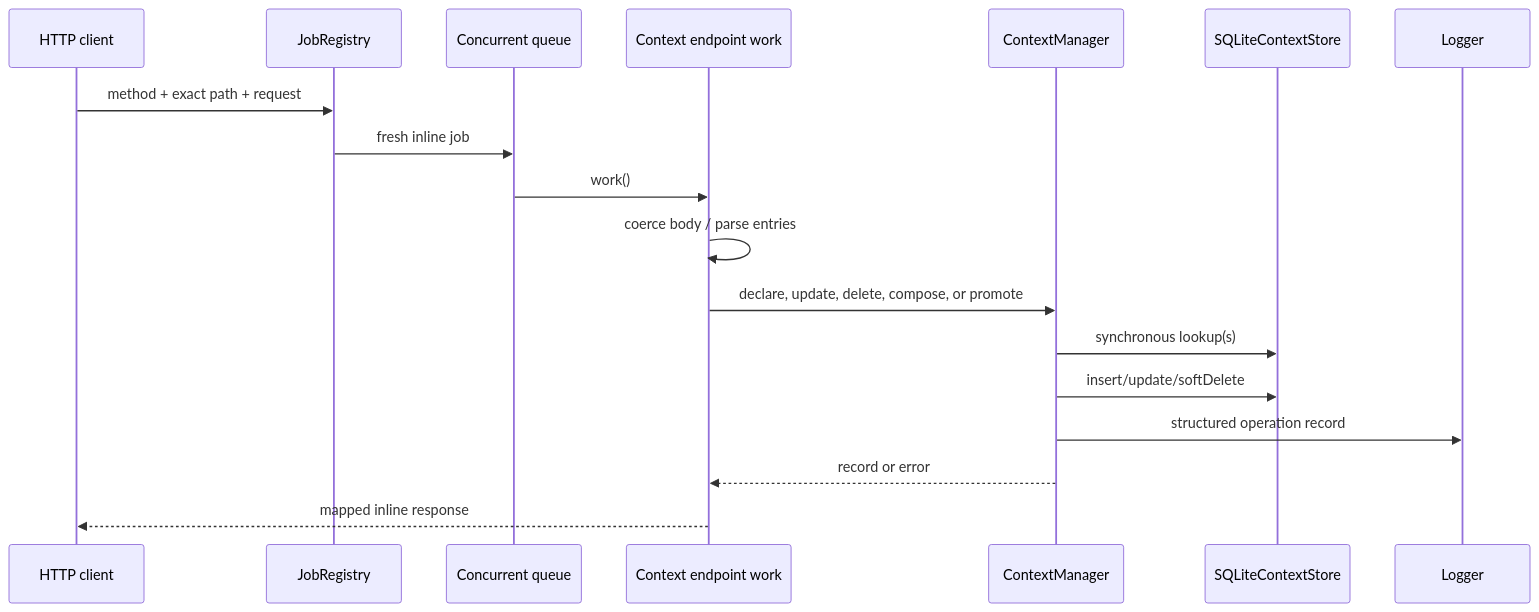
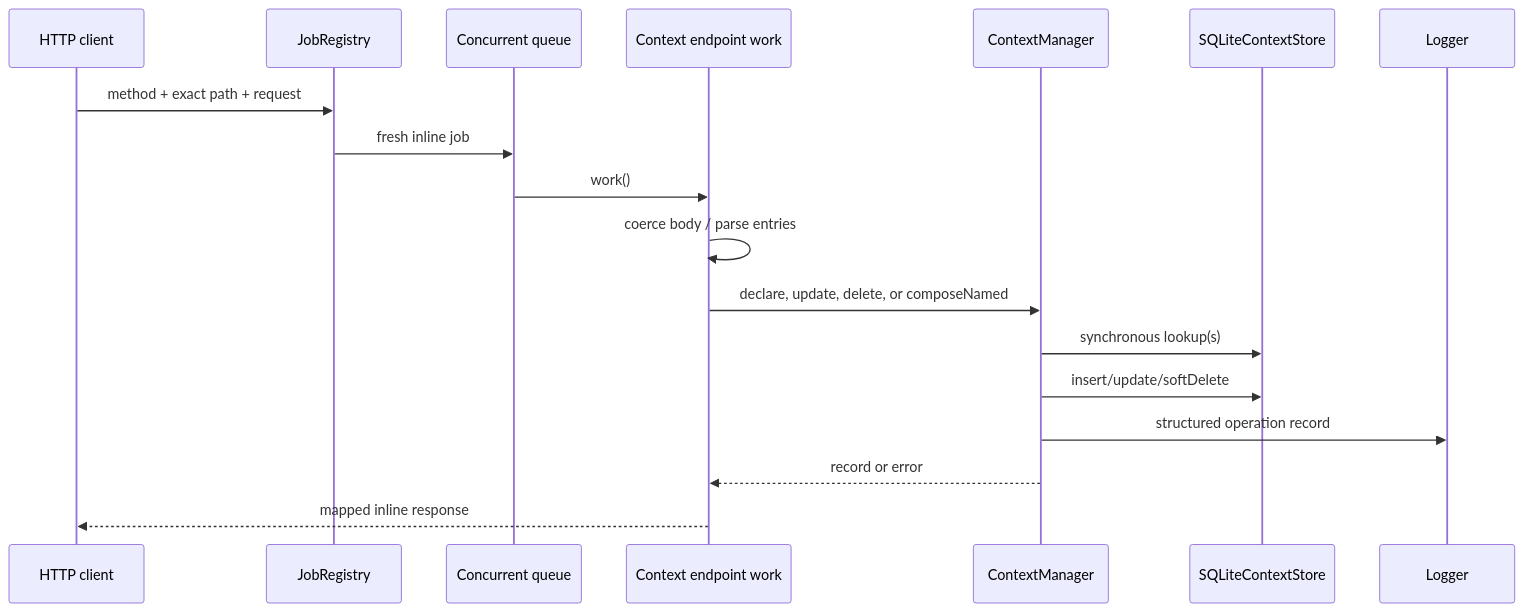
One commit to gccurtis/icarus changed the first of 2 diagrams in apps/backend/src/3-capabilities/context/docs/flows.md. Above: the diagram before and after it, drawn with Mermaid. The commit also changed other lines of this file and 12 other files, not shown here.

````diff
--- a/apps/backend/src/3-capabilities/context/docs/flows.md
+++ b/apps/backend/src/3-capabilities/context/docs/flows.md
@@ -39,20 +27,20 @@
 ```mermaid
 sequenceDiagram
   participant C as HTTP client
   participant R as JobRegistry
   participant Q as Concurrent queue
   participant E as Context endpoint work
   participant M as ContextManager
   participant S as SQLiteContextStore
   participant L as Logger
   C->>R: method + exact path + request
   R->>Q: fresh inline job
   Q->>E: work()
   E->>E: coerce body / parse entries
-  E->>M: declare, update, delete, compose, or promote
+  E->>M: declare, update, delete, or composeNamed
   M->>S: synchronous lookup(s)
   M->>S: insert/update/softDelete
   M->>L: structured operation record
   M-->>E: record or error
   E-->>C: mapped inline response
 ```
````
